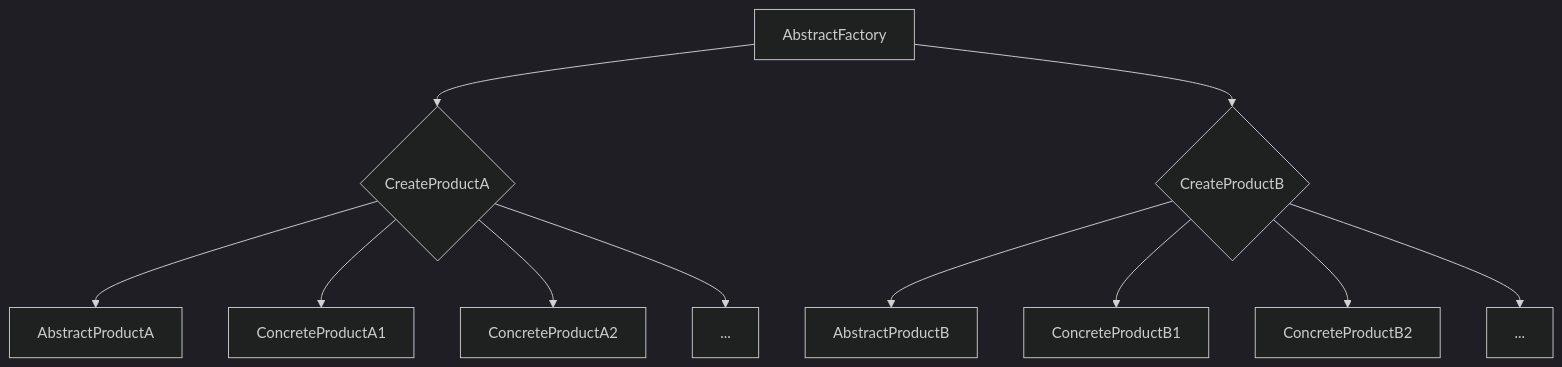
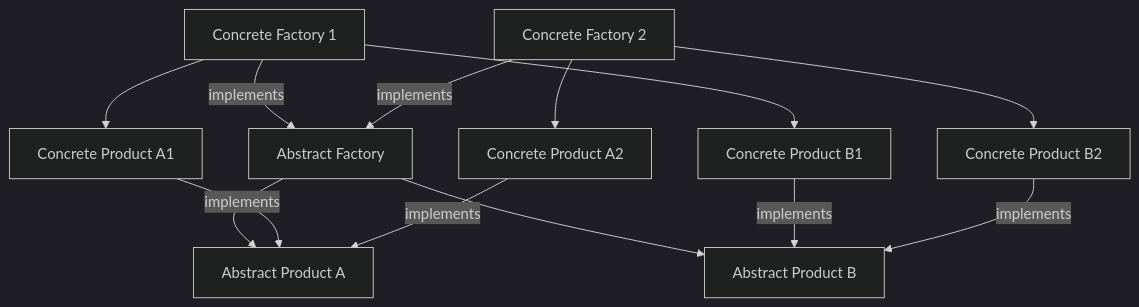
Before and after one commit to JGRoldan/patrones: the diagram in creacionales/abstract-factory/readme.md, drawn with Mermaid (dark theme).

````diff
--- a/creacionales/abstract-factory/readme.md
+++ b/creacionales/abstract-factory/readme.md
@@ -2,14 +2,15 @@
 ```mermaid
 graph TD
-    A[AbstractFactory]
-    A --> B{CreateProductA}
-    A --> C{CreateProductB}
-    B --> D[AbstractProductA]
-    B --> E[ConcreteProductA1]
-    B --> F[ConcreteProductA2]
-    C --> G[AbstractProductB]
-    C --> H[ConcreteProductB1]
-    C --> I[ConcreteProductB2]
-    B --> J[...]
-    C --> K[...]
+    A[Abstract Factory] --> B[Abstract Product A]
+    A --> C[Abstract Product B]
+    D[Concrete Factory 1] -->|implements| A
+    D --> E[Concrete Product A1]
+    E -->|implements| B
+    D --> F[Concrete Product B1]
+    F -->|implements| C
+    G[Concrete Factory 2] -->|implements| A
+    G --> H[Concrete Product A2]
+    H -->|implements| B
+    G --> I[Concrete Product B2]
+    I -->|implements| C
 ```
````
